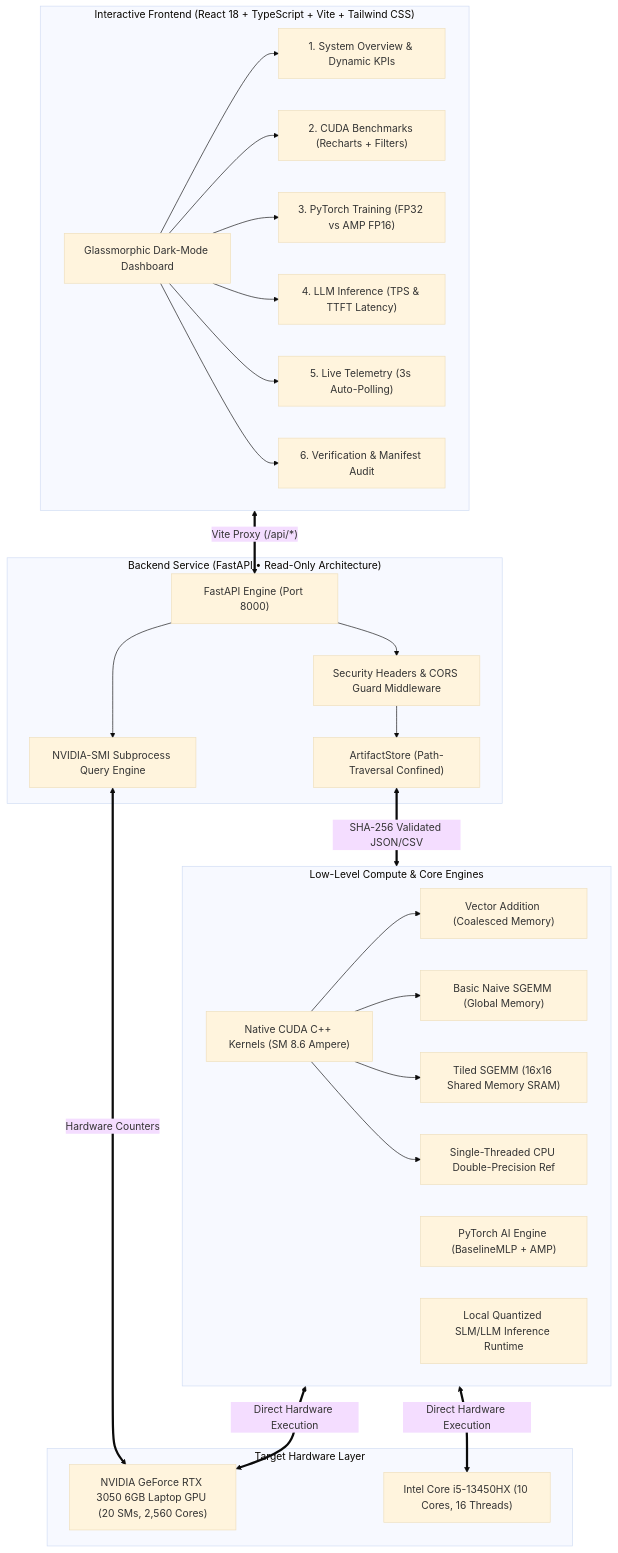
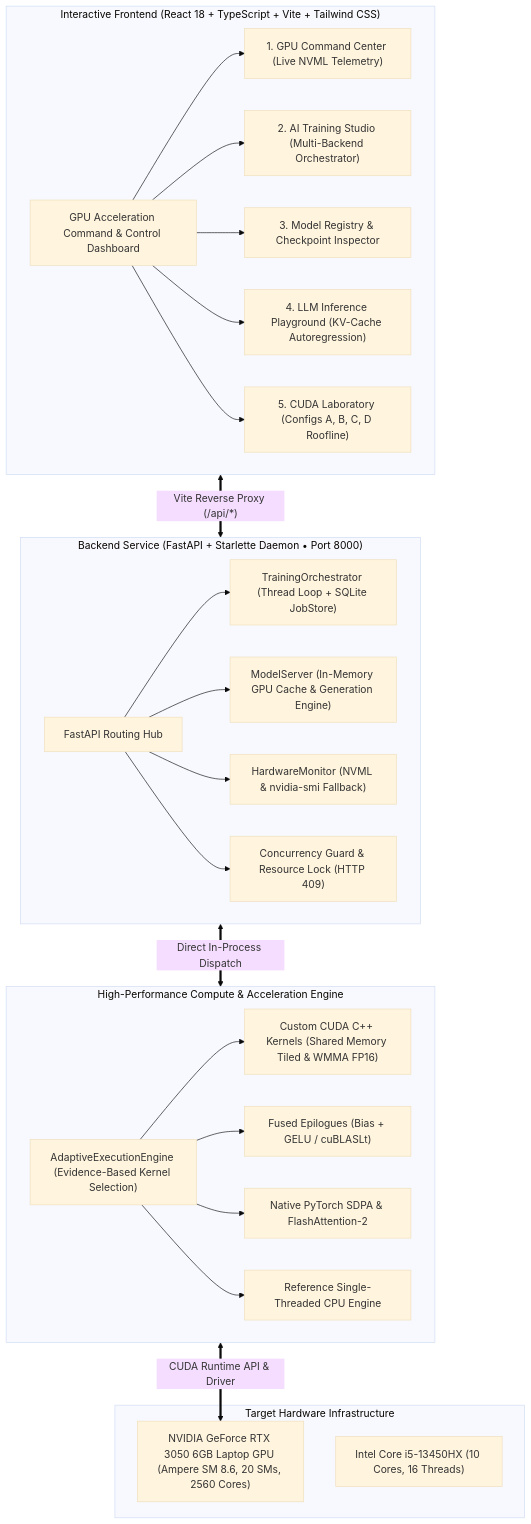
Before and after one commit to lethalchrist07/CUDA-GPU-Acceleration-Engine: the first of 2 diagrams in README.md, drawn with Mermaid (base theme). The commit also changed other lines of this file and 236 other files, not shown here.

Commit message:
feat(platform): checkpoint core application and verification assets

````diff
--- a/README.md
+++ b/README.md
@@ -20,44 +22,39 @@
 ```mermaid
 graph TD
     subgraph UI ["Interactive Frontend (React 18 + TypeScript + Vite + Tailwind CSS)"]
-        Dashboard["Glassmorphic Dark-Mode Dashboard"]
-        OverviewSec["1. System Overview & Dynamic KPIs"]
-        BenchmarkSec["2. CUDA Benchmarks (Recharts + Filters)"]
-        TrainingSec["3. PyTorch Training (FP32 vs AMP FP16)"]
-        InferenceSec["4. LLM Inference (TPS & TTFT Latency)"]
-        HardwareSec["5. Live Telemetry (3s Auto-Polling)"]
-        VerificationSec["6. Verification & Manifest Audit"]
-        Dashboard --> OverviewSec & BenchmarkSec & TrainingSec & InferenceSec & HardwareSec & VerificationSec
+        Dashboard["GPU Acceleration Command & Control Dashboard"]
+        CmdCenter["1. GPU Command Center (Live NVML Telemetry)"]
+        Studio["2. AI Training Studio (Multi-Backend Orchestrator)"]
+        Registry["3. Model Registry & Checkpoint Inspector"]
+        Inference["4. LLM Inference Playground (KV-Cache Autoregression)"]
+        Lab["5. CUDA Laboratory (Configs A, B, C, D Roofline)"]
+        Dashboard --> CmdCenter & Studio & Registry & Inference & Lab
     end
 
-    subgraph API ["Backend Service (FastAPI • Read-Only Architecture)"]
-        FastAPIApp["FastAPI Engine (Port 8000)"]
-        SecurityMW["Security Headers & CORS Guard Middleware"]
-        ArtifactStore["ArtifactStore (Path-Traversal Confined)"]
-        LiveSMI["NVIDIA-SMI Subprocess Query Engine"]
-        FastAPIApp --> SecurityMW --> ArtifactStore
-        FastAPIApp --> LiveSMI
+    subgraph API ["Backend Service (FastAPI + Starlette Daemon • Port 8000)"]
+        RouterHub["FastAPI Routing Hub"]
+        Orchestrator["TrainingOrchestrator (Thread Loop + SQLite JobStore)"]
+        ModelServer["ModelServer (In-Memory GPU Cache & Generation Engine)"]
+        HWMonitor["HardwareMonitor (NVML & nvidia-smi Fallback)"]
+        Concurrency["Concurrency Guard & Resource Lock (HTTP 409)"]
+        RouterHub --> Orchestrator & ModelServer & HWMonitor & Concurrency
     end
 
-    subgraph Native ["Low-Level Compute & Core Engines"]
-        CUDAEngine["Native CUDA C++ Kernels (SM 8.6 Ampere)"]
-        VecAdd["Vector Addition (Coalesced Memory)"]
-        SGEMM_Naive["Basic Naive SGEMM (Global Memory)"]
-        SGEMM_Tiled["Tiled SGEMM (16x16 Shared Memory SRAM)"]
-        CPURef["Single-Threaded CPU Double-Precision Ref"]
-        PyTorchEngine["PyTorch AI Engine (BaselineMLP + AMP)"]
-        LLMEngine["Local Quantized SLM/LLM Inference Runtime"]
-        CUDAEngine --> VecAdd & SGEMM_Naive & SGEMM_Tiled
-        CUDAEngine --> CPURef
+    subgraph Engine ["High-Performance Compute & Acceleration Engine"]
+        Adaptive["AdaptiveExecutionEngine (Evidence-Based Kernel Selection)"]
+        CustomCUDA["Custom CUDA C++ Kernels (Shared Memory Tiled & WMMA FP16)"]
+        FusedOps["Fused Epilogues (Bias + GELU / cuBLASLt)"]
+        PyTorchNative["Native PyTorch SDPA & FlashAttention-2"]
+        CPURef["Reference Single-Threaded CPU Engine"]
+        Adaptive --> CustomCUDA & FusedOps & PyTorchNative & CPURef
     end
 
-    subgraph HW ["Target Hardware Layer"]
-        GPU["NVIDIA GeForce RTX 3050 6GB Laptop GPU (20 SMs, 2,560 Cores)"]
+    subgraph Hardware ["Target Hardware Infrastructure"]
+        GPU["NVIDIA GeForce RTX 3050 6GB Laptop GPU (Ampere SM 8.6, 20 SMs, 2560 Cores)"]
         CPU["Intel Core i5-13450HX (10 Cores, 16 Threads)"]
     end
 
-    UI <== "Vite Proxy (/api/*)" ==> FastAPIApp
-    ArtifactStore <== "SHA-256 Validated JSON/CSV" ==> Native
-    LiveSMI <== "Hardware Counters" ==> GPU
-    Native <== "Direct Hardware Execution" ==> GPU & CPU
+    UI <== "Vite Reverse Proxy (/api/*)" ==> API
+    API <== "Direct In-Process Dispatch" ==> Engine
+    Engine <== "CUDA Runtime API & Driver" ==> GPU
 ```
````
